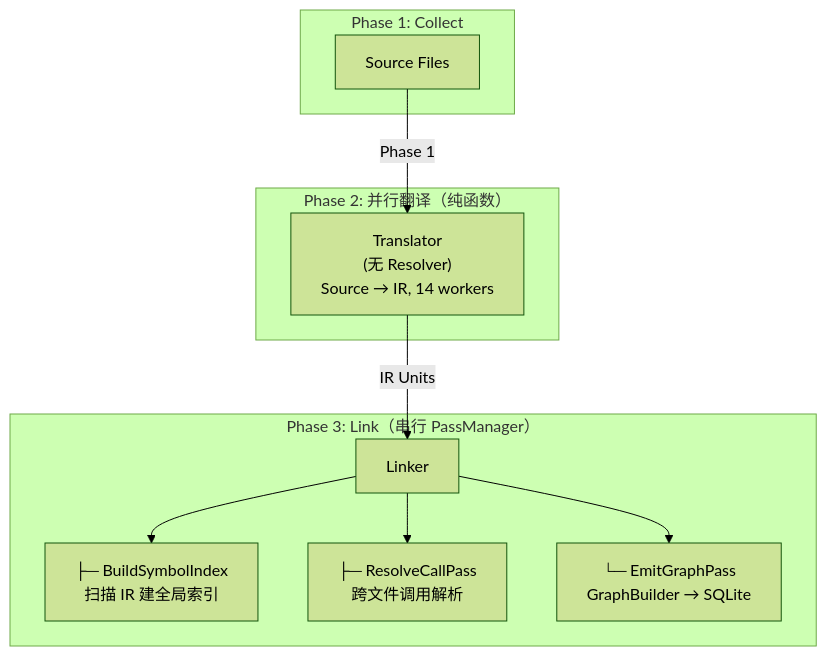
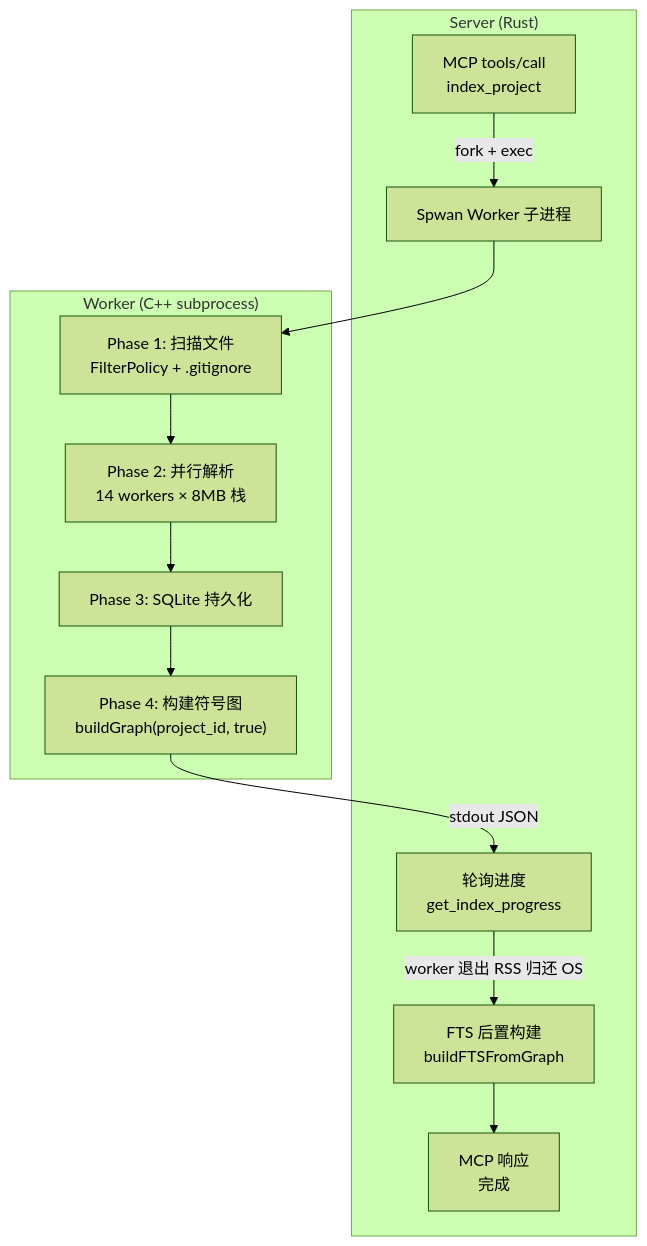
Before and after one commit to Timwood0x10/CodeScope: the second of 8 diagrams in docs/zh/architecture.md, drawn with Mermaid (forest theme). The commit also changed other lines of this file and 21 other files, not shown here.

Commit message:
feat: add async FTS build, index progress tracking, and fallback search

````diff
--- a/docs/zh/architecture.md
+++ b/docs/zh/architecture.md
@@ -14,18 +51,25 @@
 ```mermaid
 flowchart TB
-    subgraph "Phase 1: Collect"
-        S["Source Files"]
+    subgraph "Server (Rust)"
+        A["MCP tools/call<br/>index_project"]
+        B["Spwan Worker 子进程"]
+        C["轮询进度<br/>get_index_progress"]
+        D["FTS 后置构建<br/>buildFTSFromGraph"]
+        E["MCP 响应<br/>完成"]
     end
-    subgraph "Phase 2: 并行翻译（纯函数）"
-        T["Translator<br/>(无 Resolver)<br/>Source → IR, 14 workers"]
+    subgraph "Worker (C++ subprocess)"
+        F["Phase 1: 扫描文件<br/>FilterPolicy + .gitignore"]
+        G["Phase 2: 并行解析<br/>14 workers × 8MB 栈"]
+        H["Phase 3: SQLite 持久化"]
+        I["Phase 4: 构建符号图<br/>buildGraph(project_id, true)"]
     end
-    subgraph "Phase 3: Link（串行 PassManager）"
-        L["Linker"]
-        L1["├─ BuildSymbolIndex<br/>扫描 IR 建全局索引"]
-        L2["├─ ResolveCallPass<br/>跨文件调用解析"]
-        L3["└─ EmitGraphPass<br/>GraphBuilder → SQLite"]
-    end
-    S -->|Phase 1| T
-    T -->|IR Units| L
-    L --> L1 & L2 & L3
+
+    A -->|fork + exec| B
+    B --> F
+    F --> G
+    G --> H
+    H --> I
+    I -->|stdout JSON| C
+    C -->|worker 退出 RSS 归还 OS| D
+    D --> E
 ```
````
